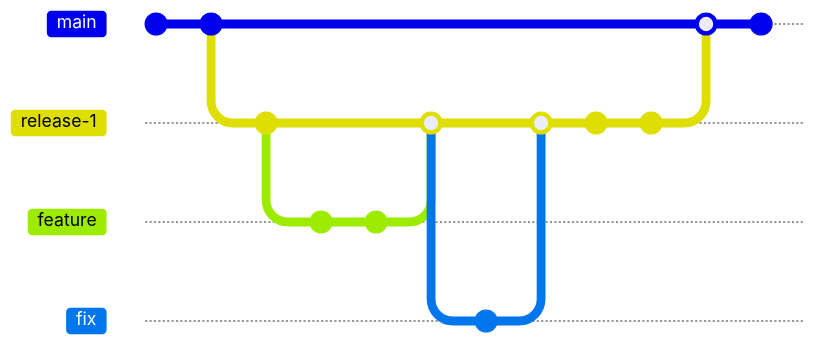
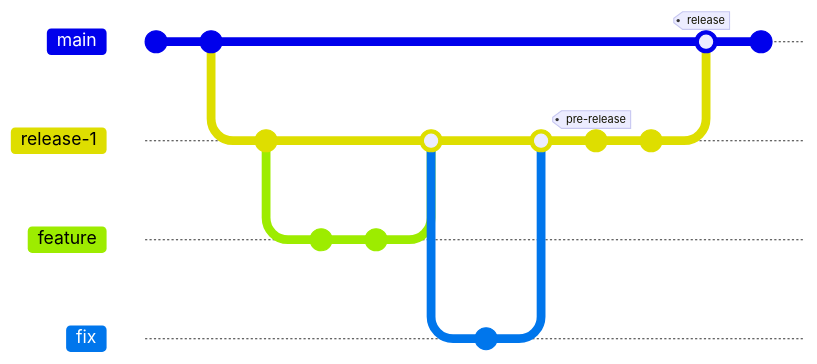
The diagram in README.md (esvasileva/semantic-extended), drawn with Mermaid before and after one commit. The commit also changed other lines of this file, not shown here. Commit ids are hidden.

Commit message:
fix: Improve documentation

````diff
--- a/README.md
+++ b/README.md
@@ -9,24 +9,24 @@
 ```mermaid
 gitGraph
     commit
     commit
     branch release-1
     checkout release-1
     commit
     branch feature
     checkout feature
     commit
     commit
     checkout release-1
     merge feature
     branch fix
     checkout fix
     commit
     checkout release-1
     merge fix
-    commit
+    commit tag: "pre-release"
     commit
     checkout main
-    merge release-1
+    merge release-1 tag: "release"
     commit
 ```
````
